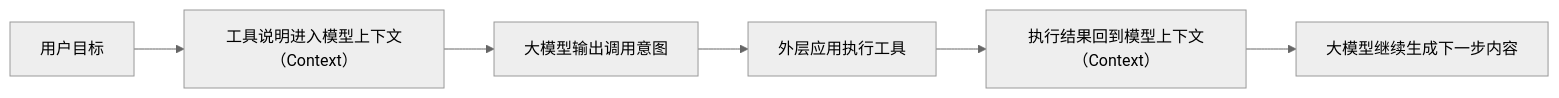
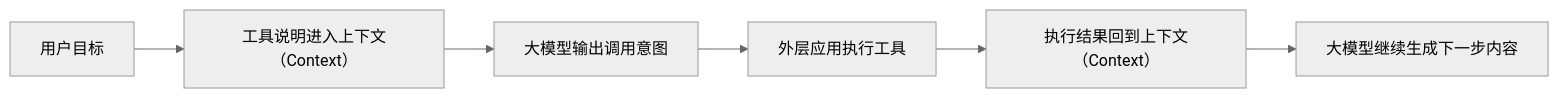
The second of 2 diagrams in docs/02-AI应用是怎样一步步发展到Agent的.md (mfkyddh/ZZZ-Simple-AI), drawn with Mermaid (neutral theme) before and after one commit. The commit also changed other lines of this file and 3 other files, not shown here.

````diff
--- a/docs/02-AI应用是怎样一步步发展到Agent的.md
+++ b/docs/02-AI应用是怎样一步步发展到Agent的.md
@@ -159,8 +159,8 @@
 ```mermaid
 flowchart LR
-    A["用户目标"] --> B["工具说明进入模型上下文（Context）"]
+    A["用户目标"] --> B["工具说明进入上下文（Context）"]
     B --> C["大模型输出调用意图"]
     C --> D["外层应用执行工具"]
-    D --> E["执行结果回到模型上下文（Context）"]
+    D --> E["执行结果回到上下文（Context）"]
     E --> F["大模型继续生成下一步内容"]
 ```
````
